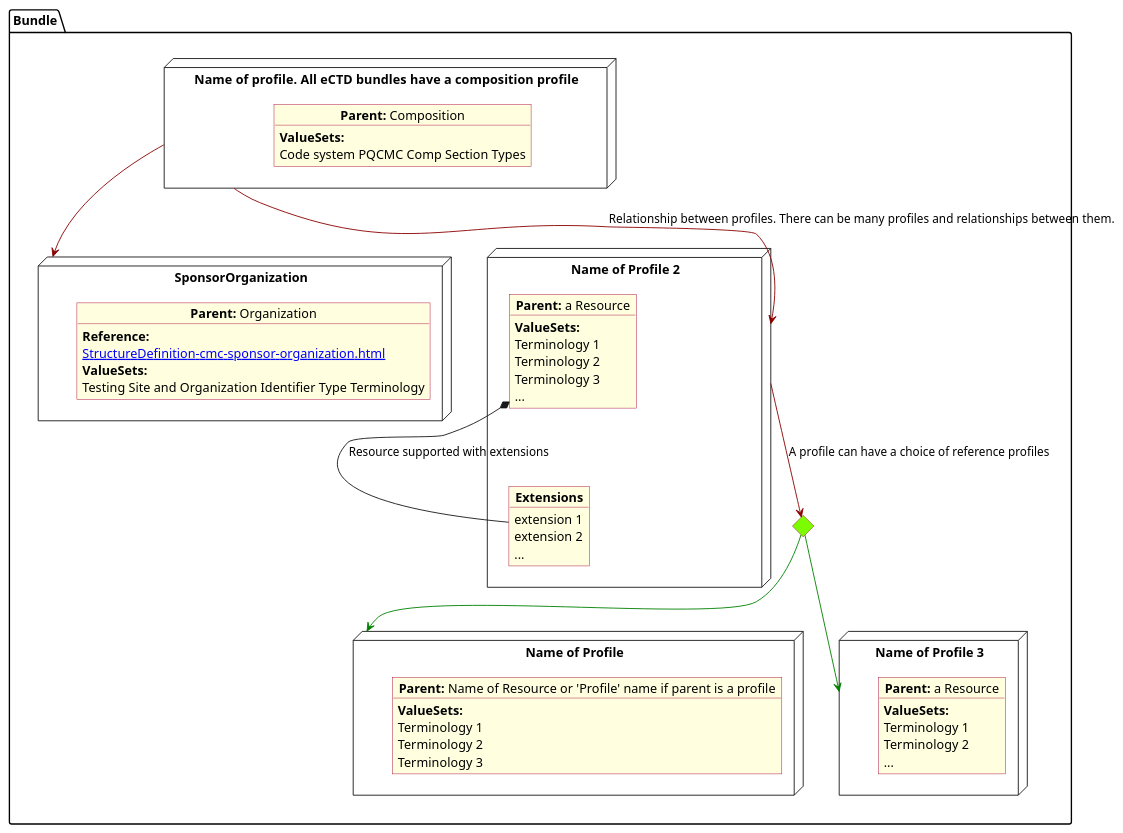
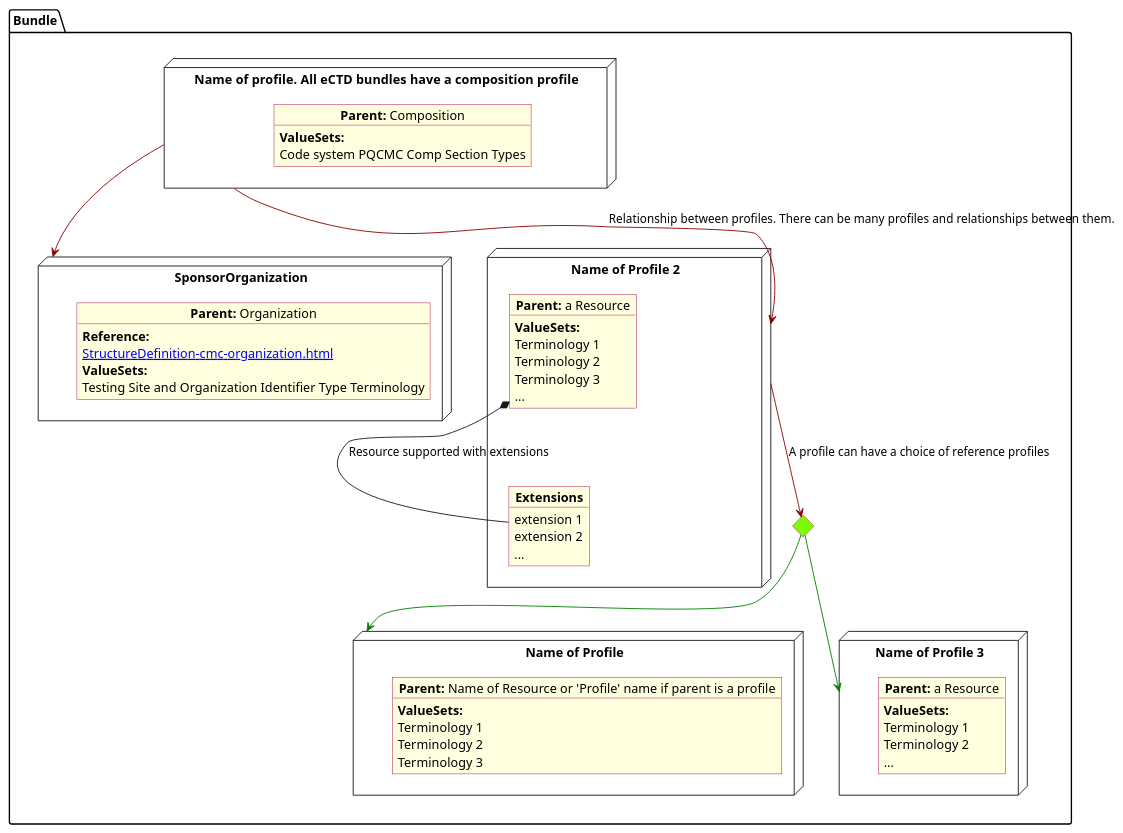
Before and after one commit to HL7/FHIR-us-pq-cmc-fda: the diagram in input/images-source/legend.plantuml, drawn with PlantUML. The commit also changed 26 other files, not shown here.

```diff
--- a/input/images-source/legend.plantuml
+++ b/input/images-source/legend.plantuml
@@ -1,76 +1,76 @@
 @startuml legend
 allowmixing
 'Mixed model of use case and object
 skinparam svgDimensionStyle false
 skinparam ObjectBackgroundColor LightYellow
 skinparam ObjectBorderColor #A80036
 skinparam activityDiamondBorderColor #A80036
 skinparam activityDiamondBackgroundColor lawnGreen
 skinparam ClassBorderThickness 4
 
 package "Bundle" as NODES {
   node "Name of Profile" as Nameprofile {
     object "**Parent:** Name of Resource or 'Profile' name if parent is a profile" as objcs {
       **ValueSets:**
       Terminology 1
       Terminology 2
       Terminology 3
     }
   }
 
   node "SponsorOrganization" as NSO {
 
     object "**Parent:** Organization" as objAu {
       **Reference:**
-      [[StructureDefinition-cmc-sponsor-organization.html]]
+      [[StructureDefinition-cmc-organization.html]]
       **ValueSets:**
       Testing Site and Organization Identifier Type Terminology
     }
   }
   
   diamond CH
 
   node "Name of Profile 2" as NN {
 
     object "**Parent:** a Resource" as obj3 {
       **ValueSets:**
       Terminology 1
       Terminology 2
       Terminology 3
       ...
     }
     object "**Extensions**" as objExs {
       extension 1
       extension 2
       ...
     }
     obj3 *-- objExs : Resource supported with extensions
 
   }
 
   node "Name of profile.  All eCTD bundles have a composition profile" as N1 {
 
     object "**Parent:** Composition" as obj1 {
       **ValueSets:**
       Code system PQCMC Comp Section Types
     }
 
   }
 
   node "Name of Profile 3" as NN3 {
 
     object "**Parent:** a Resource" as obj33 {
       **ValueSets:**
       Terminology 1
       Terminology 2
       ...
     }
   }
 
   N1 -[#darkred]-> NSO
   NN -[#darkred]-> CH : A profile can have a choice of reference profiles
   CH -[#green]-> Nameprofile
   CH -[#green]-> NN3
   N1 -[#darkred]-> NN :  Relationship between profiles.  There can be many profiles and relationships between them.
 }
 @enduml
```
